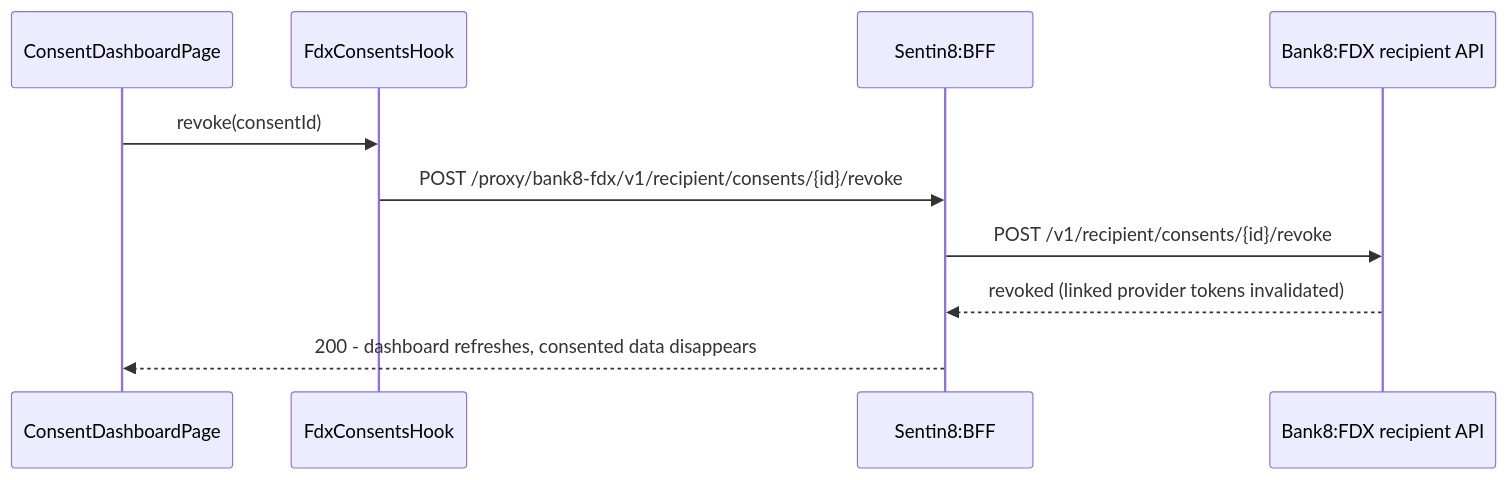
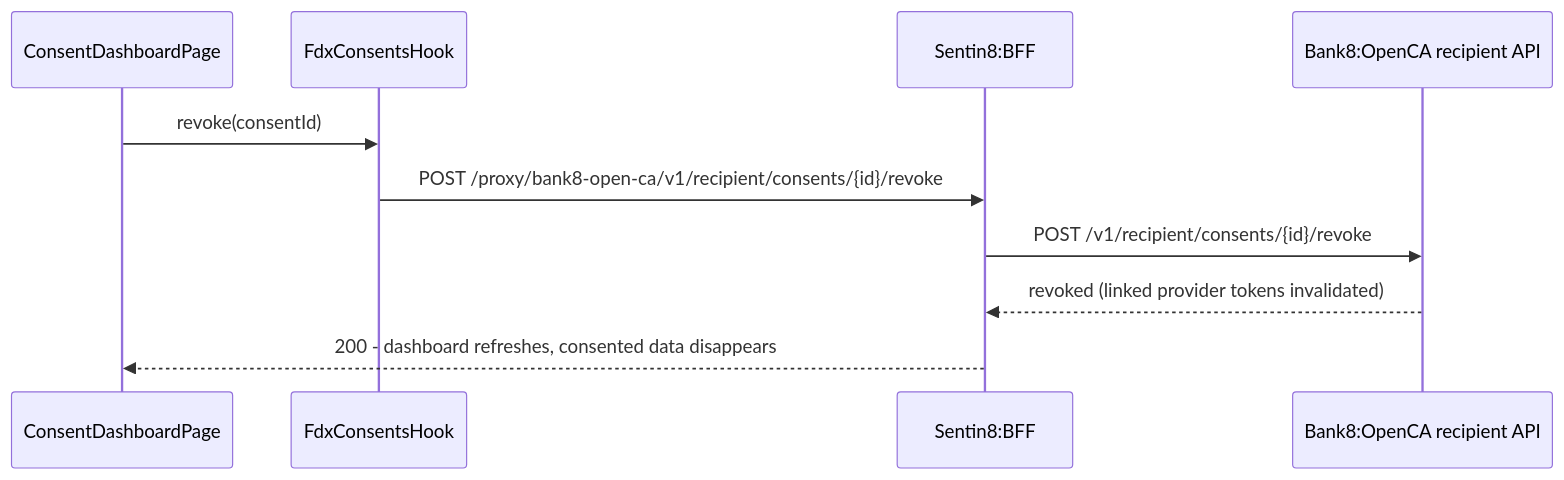
One commit to Bank8-dev/bank8-site changed the fourth of 6 diagrams in docs/apps/efintech/design.md. Above: the diagram before and after it, drawn with Mermaid. The commit also changed other lines of this file and 300 other files, not shown here.

First line of the commit message:
OBARCH: bank8-fdx -> bank8-open-ca across the site

````diff
--- a/docs/apps/efintech/design.md
+++ b/docs/apps/efintech/design.md
@@ -89,12 +89,12 @@
 ```mermaid
 sequenceDiagram
     participant P as ConsentDashboardPage
     participant H as FdxConsentsHook
     participant F as Sentin8:BFF
-    participant R as Bank8:FDX recipient API
+    participant R as Bank8:OpenCA recipient API
     P->>H: revoke(consentId)
-    H->>F: POST /proxy/bank8-fdx/v1/recipient/consents/{id}/revoke
+    H->>F: POST /proxy/bank8-open-ca/v1/recipient/consents/{id}/revoke
     F->>R: POST /v1/recipient/consents/{id}/revoke
     R-->>F: revoked (linked provider tokens invalidated)
     F-->>P: 200 - dashboard refreshes, consented data disappears
 ```
````
